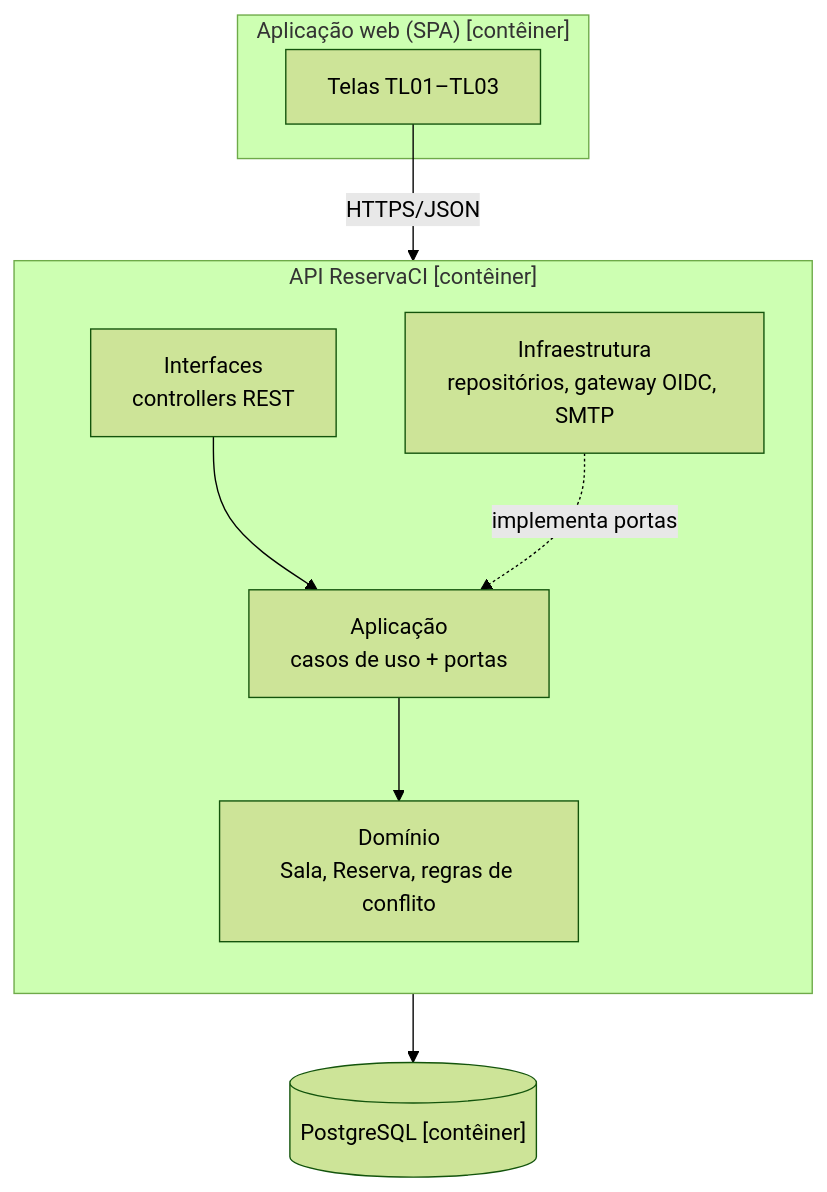
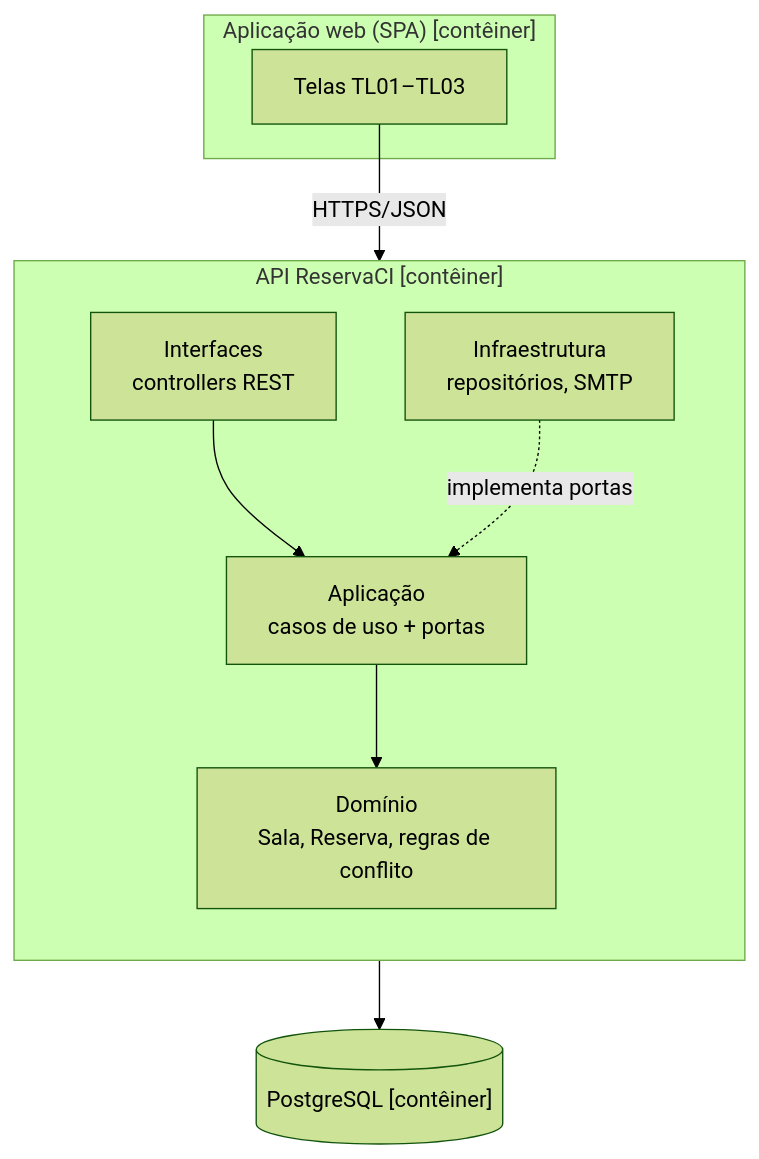
The second of 3 diagrams in docs/07-arquitetura/README.md (rkulesza/mps-modelo), drawn with Mermaid (forest theme) before and after one commit. The commit also changed other lines of this file and 16 other files, not shown here.

````diff
--- a/docs/07-arquitetura/README.md
+++ b/docs/07-arquitetura/README.md
@@ -30,19 +28,19 @@
 ```mermaid
 flowchart TB
     subgraph web["Aplicação web (SPA) [contêiner]"]
         ui["Telas TL01–TL03"]
     end
     subgraph api["API ReservaCI [contêiner]"]
         direction TB
         interfaces["Interfaces<br/>controllers REST"]
         aplicacao["Aplicação<br/>casos de uso + portas"]
         dominio["Domínio<br/>Sala, Reserva, regras de conflito"]
-        infra["Infraestrutura<br/>repositórios, gateway OIDC, SMTP"]
+        infra["Infraestrutura<br/>repositórios, SMTP"]
         interfaces --> aplicacao --> dominio
         infra -.->|implementa portas| aplicacao
     end
     db[("PostgreSQL [contêiner]")]
 
     ui -->|HTTPS/JSON| interfaces
     infra --> db
 ```
````
